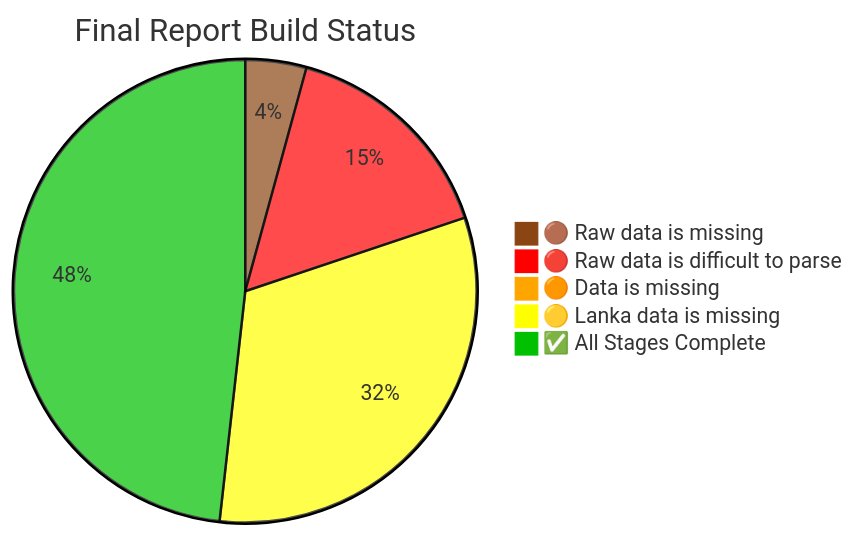
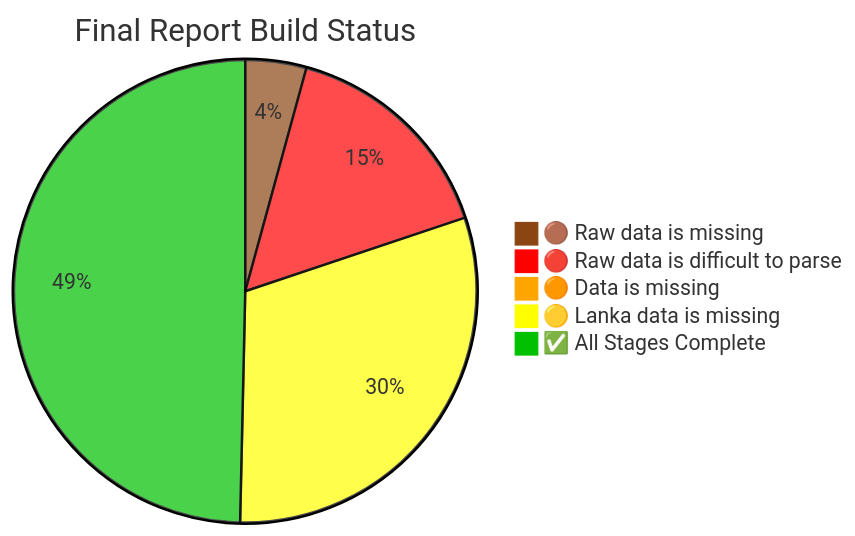
One commit to nuuuwan/lk_census_2024 changed the diagram in README.md. Above: the diagram before and after it, drawn with Mermaid. The commit also changed other lines of this file and 4 other files, not shown here.

````diff
--- a/README.md
+++ b/README.md
@@ -220,9 +220,9 @@
 ```mermaid
 %%{init: {"theme": "base", "themeVariables": {"pie1": "#8B4513", "pie2": "#FF0000", "pie3": "#FFA500", "pie4": "#FFFF00", "pie5": "#00c000"}}}%%
 pie title Final Report Build Status
 "🟤 Raw data is missing" : 6
     "🔴 Raw data is difficult to parse" : 22
     "🟠 Data is missing" : 1
-    "🟡 Lanka data is missing" : 45
-    "✅ All Stages Complete" : 68
+    "🟡 Lanka data is missing" : 43
+    "✅ All Stages Complete" : 70
 ```
````
